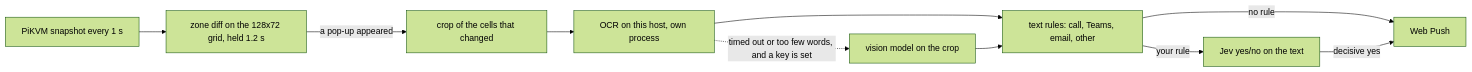
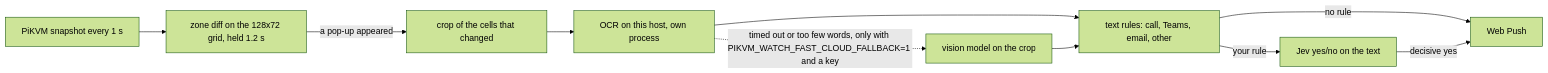
Before and after one commit to kierandrewett/pikvm-desktop-agentic: the third of 3 diagrams in docs/deploy-web.md, drawn with Mermaid (forest theme). The commit also changed other lines of this file and 13 other files, not shown here.

````diff
--- a/docs/deploy-web.md
+++ b/docs/deploy-web.md
@@ -181,12 +182,12 @@
 ```mermaid
 flowchart LR
     pi[PiKVM snapshot every 1 s] --> zone[zone diff on the 128x72 grid, held 1.2 s]
     zone -->|a pop-up appeared| crop[crop of the cells that changed]
     crop --> ocr[OCR on this host, own process]
     ocr --> rules[text rules: call, Teams, email, other]
     rules -->|no rule| push[Web Push]
     rules -->|your rule| jev[Jev yes/no on the text]
     jev -->|decisive yes| push
-    ocr -.->|timed out or too few words, and a key is set| vision[vision model on the crop]
+    ocr -.->|timed out or too few words, only with PIKVM_WATCH_FAST_CLOUD_FALLBACK=1 and a key| vision[vision model on the crop]
     vision --> rules
 ```
````
